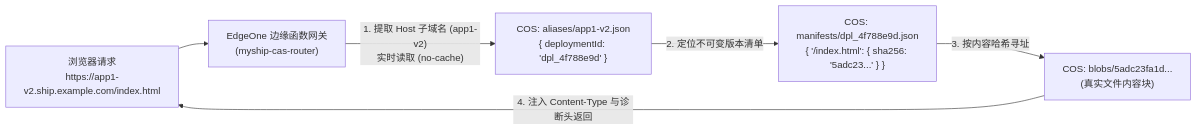
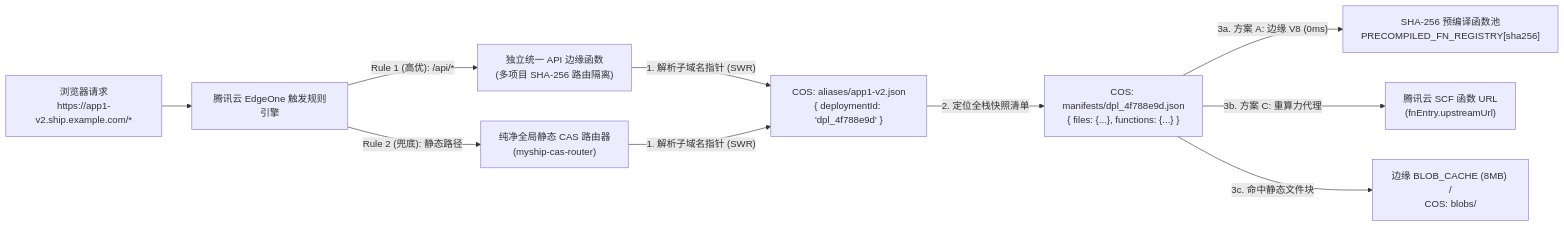
One commit to huxy2023/myship changed the diagram in docs/03-architecture.md. Above: the diagram before and after it, drawn with Mermaid. The commit also changed other lines of this file and 29 other files, not shown here.

First line of the commit message:
feat(scf,console): Edge API, SCF full-stack backend, Web Console & GC/RM lifecycle (v0.2.0)

````diff
--- a/docs/03-architecture.md
+++ b/docs/03-architecture.md
@@ -17,8 +17,11 @@
 ```mermaid
 flowchart LR
-    Req["浏览器请求<br/>https://app1-v2.ship.example.com/index.html"] --> Edge["EdgeOne 边缘函数网关<br/>(myship-cas-router)"]
-    Edge -- "1. 提取 Host 子域名 (app1-v2)<br/>实时读取 (no-cache)" --> Alias["COS: aliases/app1-v2.json<br/>{ deploymentId: 'dpl_4f788e9d' }"]
-    Alias -- "2. 定位不可变版本清单" --> Manifest["COS: manifests/dpl_4f788e9d.json<br/>{ '/index.html': { sha256: '5adc23...' } }"]
-    Manifest -- "3. 按内容哈希寻址" --> Blob["COS: blobs/5adc23fa1d...<br/>(真实文件内容块)"]
-    Blob -- "4. 注入 Content-Type 与诊断头返回" --> Req
+    Req["浏览器请求<br/>https://app1-v2.ship.example.com/*"] --> EO["腾讯云 EdgeOne 触发规则引擎"]
+    EO -- "Rule 1 (高优): /api/*" --> ApiWorker["独立统一 API 边缘函数<br/>(多项目 SHA-256 路由隔离)"]
+    EO -- "Rule 2 (兜底): 静态路径" --> CasRouter["纯净全局静态 CAS 路由器<br/>(myship-cas-router)"]
+    ApiWorker & CasRouter -- "1. 解析子域名指针 (SWR)" --> Alias["COS: aliases/app1-v2.json<br/>{ deploymentId: 'dpl_4f788e9d' }"]
+    Alias -- "2. 定位全栈快照清单" --> Manifest["COS: manifests/dpl_4f788e9d.json<br/>{ files: {...}, functions: {...} }"]
+    Manifest -- "3a. 方案 A: 边缘 V8 (0ms)" --> V8Fn["SHA-256 预编译函数池<br/>PRECOMPILED_FN_REGISTRY[sha256]"]
+    Manifest -- "3b. 方案 C: 重算力代理" --> ScfUrl["腾讯云 SCF 函数 URL<br/>(fnEntry.upstreamUrl)"]
+    Manifest -- "3c. 命中静态文件块" --> Blob["边缘 BLOB_CACHE (8MB) /<br/>COS: blobs/<sha256>"]
 ```
````
